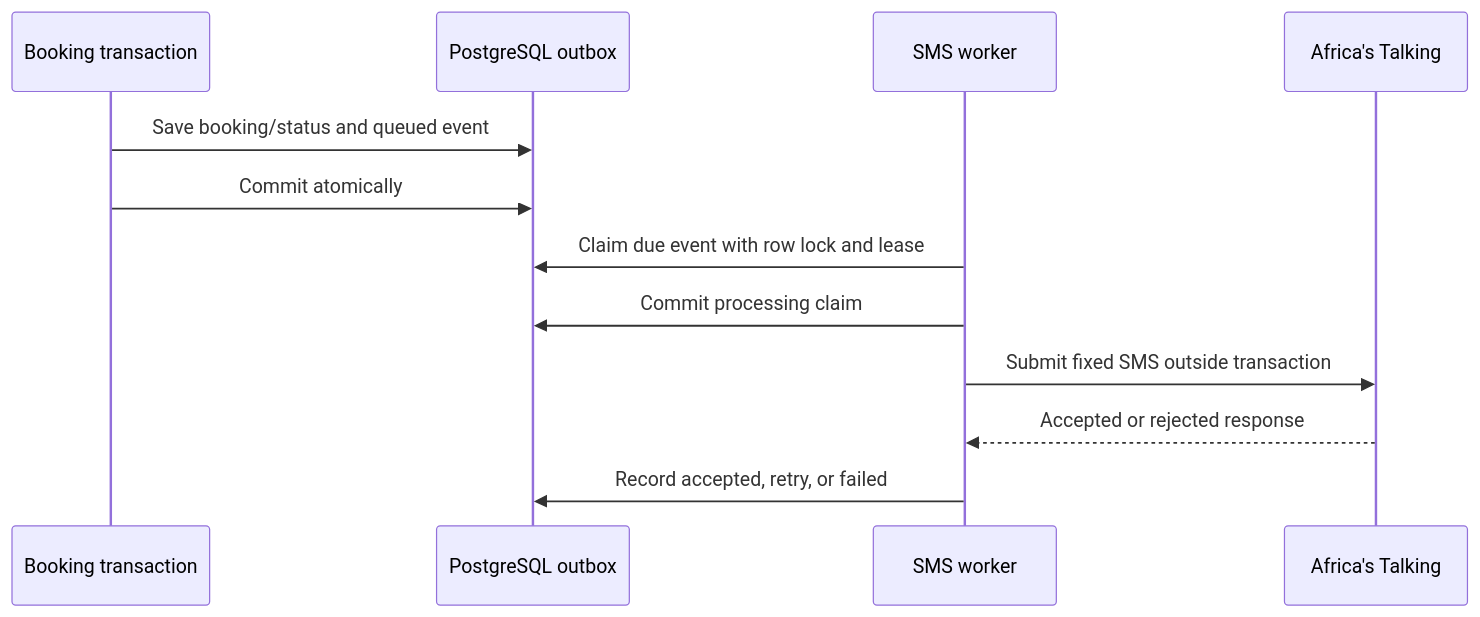
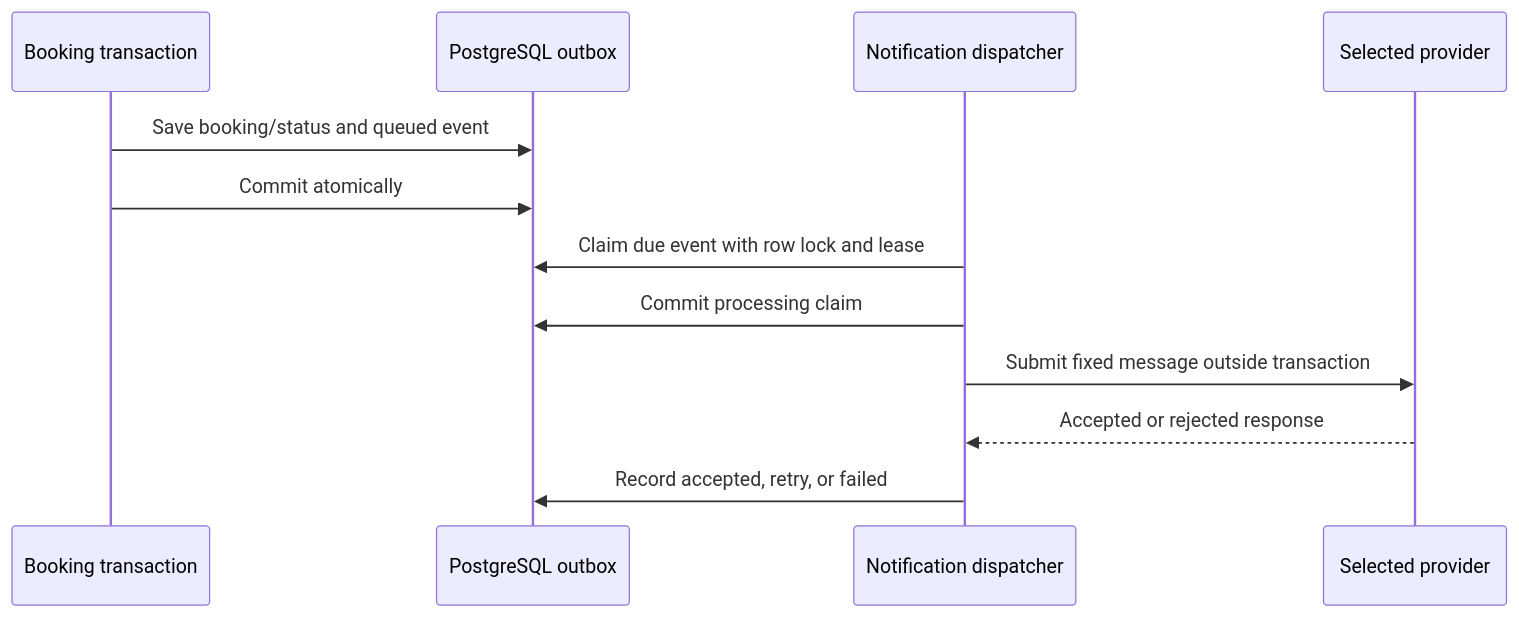
The diagram in docs/sms-notifications.md (gloria-mbilinyi/safarismart-ai-concierge), drawn with Mermaid before and after one commit. The commit also changed other lines of this file and 6 other files, not shown here.

````diff
--- a/docs/sms-notifications.md
+++ b/docs/sms-notifications.md
@@ -38,15 +52,15 @@
 ```mermaid
 sequenceDiagram
     participant API as Booking transaction
     participant DB as PostgreSQL outbox
-    participant W as SMS worker
-    participant AT as Africa's Talking
+    participant W as Notification dispatcher
+    participant P as Selected provider
 
     API->>DB: Save booking/status and queued event
     API->>DB: Commit atomically
     W->>DB: Claim due event with row lock and lease
     W->>DB: Commit processing claim
-    W->>AT: Submit fixed SMS outside transaction
-    AT-->>W: Accepted or rejected response
+    W->>P: Submit fixed message outside transaction
+    P-->>W: Accepted or rejected response
     W->>DB: Record accepted, retry, or failed
 ```
````
